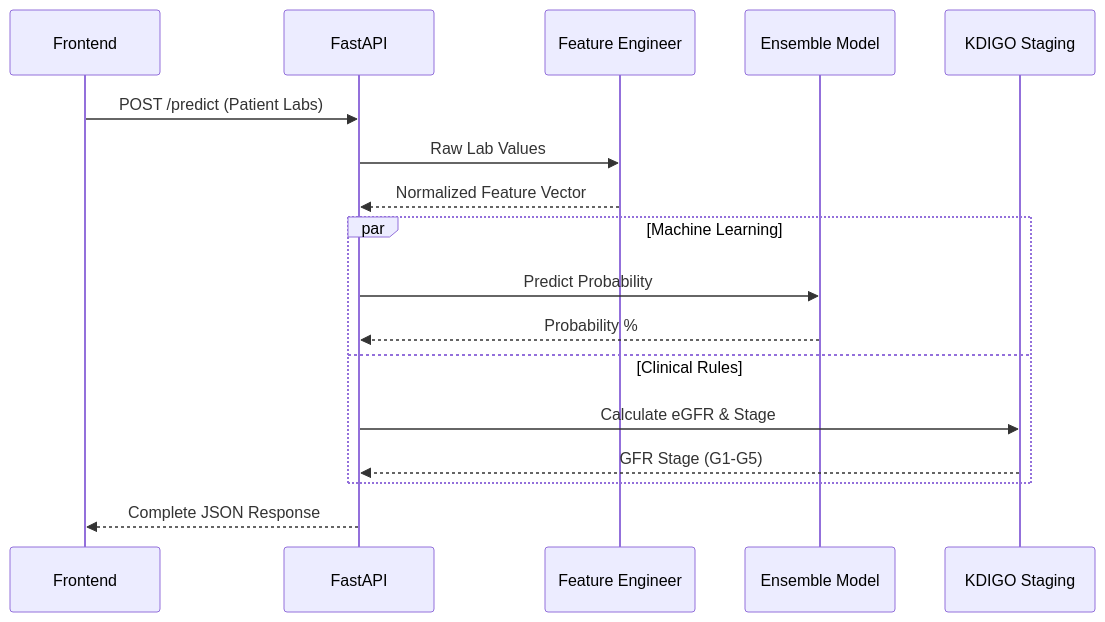
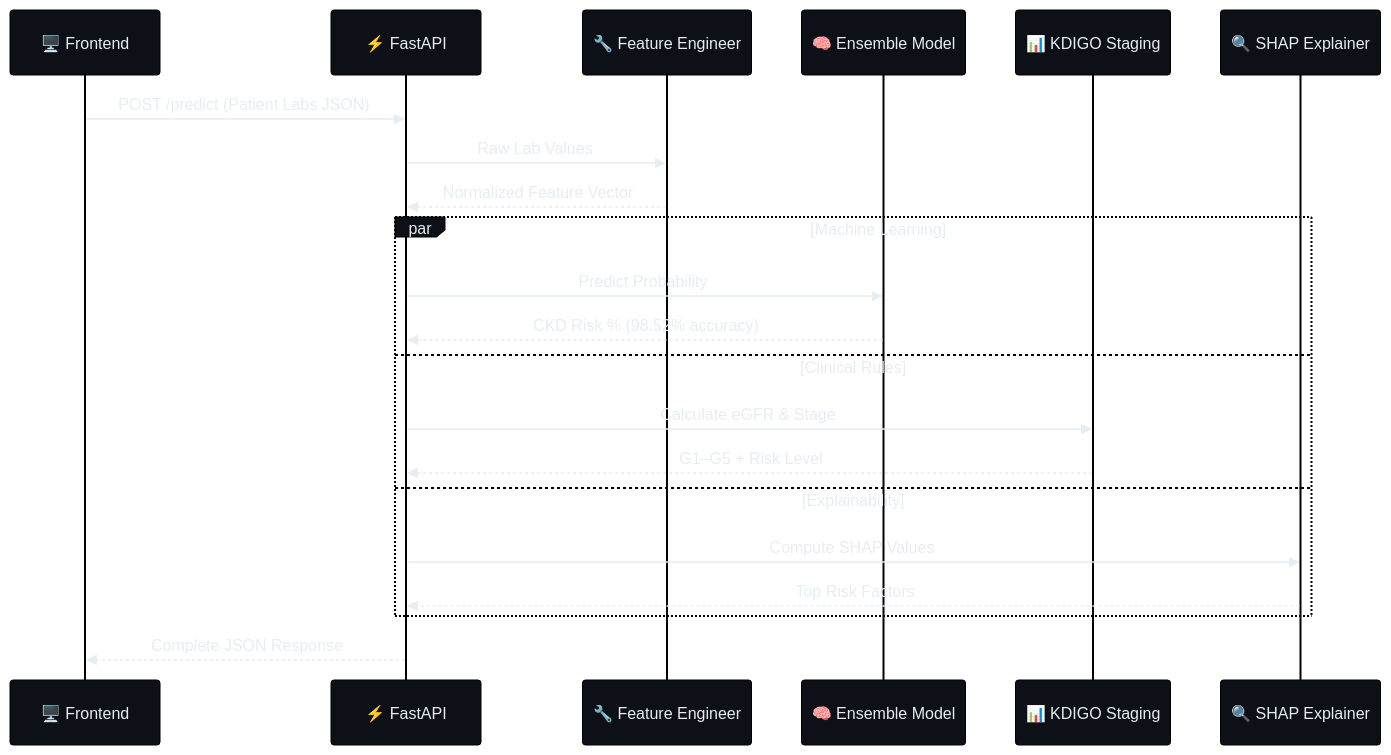
The third of 6 diagrams in README.md (amribrahim11vv/Kidnefy-Ai), drawn with Mermaid before and after one commit. The commit also changed other lines of this file and 1 other file, not shown here.

Commit message:
docs: overhaul README with professional banners, mermaid diagrams, full API reference, and architecture visuals

````diff
--- a/README.md
+++ b/README.md
@@ -73,21 +151,27 @@
 ```mermaid
+%%{init: {'theme': 'base', 'themeVariables': {'primaryColor': '#0d1117', 'primaryTextColor': '#e6edf3', 'lineColor': '#58a6ff'}}}%%
 sequenceDiagram
-    participant UI as Frontend
-    participant API as FastAPI
-    participant FE as Feature Engineer
-    participant ML as Ensemble Model
-    participant STG as KDIGO Staging
-    
-    UI->>API: POST /predict (Patient Labs)
+    participant UI as 🖥️ Frontend
+    participant API as ⚡ FastAPI
+    participant FE as 🔧 Feature Engineer
+    participant ML as 🧠 Ensemble Model
+    participant STG as 📊 KDIGO Staging
+    participant XAI as 🔍 SHAP Explainer
+
+    UI->>API: POST /predict (Patient Labs JSON)
     API->>FE: Raw Lab Values
     FE-->>API: Normalized Feature Vector
     
     par Machine Learning
         API->>ML: Predict Probability
-        ML-->>API: Probability %
+        ML-->>API: CKD Risk % (98.52% accuracy)
     and Clinical Rules
         API->>STG: Calculate eGFR & Stage
-        STG-->>API: GFR Stage (G1-G5)
+        STG-->>API: G1–G5 + Risk Level
+    and Explainability
+        API->>XAI: Compute SHAP Values
+        XAI-->>API: Top Risk Factors
     end
+
     API-->>UI: Complete JSON Response
 ```
````
